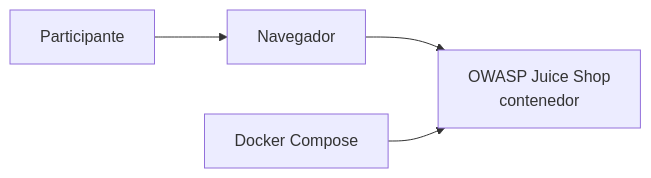
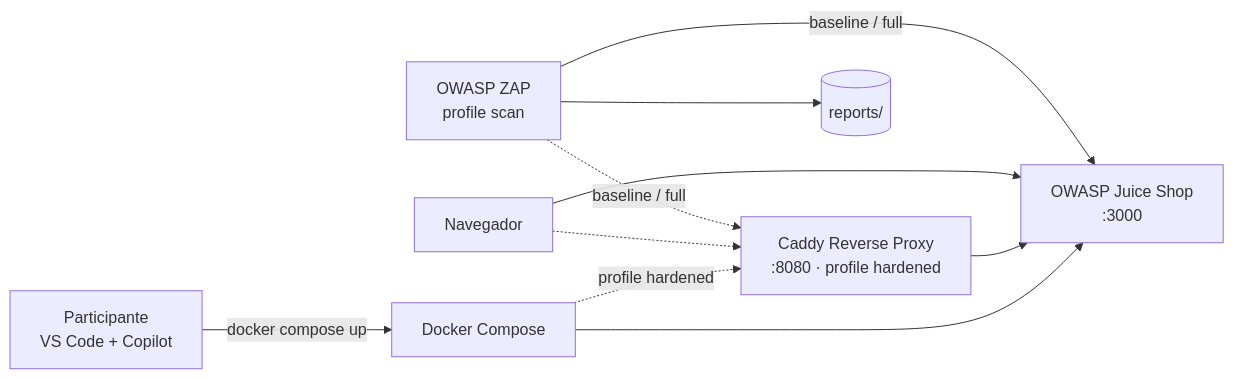
Before and after one commit to raven-operations/copilot-dast-workshop: the first of 2 diagrams in docs/Architecture.md, drawn with Mermaid. The commit also changed other lines of this file and 1 other file, not shown here.

First line of the commit message:
docs: split architecture into two scenarios (Juice Shop / vulnerable-api)

````diff
--- a/docs/Architecture.md
+++ b/docs/Architecture.md
@@ -11,6 +20,20 @@
 ```mermaid
 flowchart LR
-    Dev["Participante"] --> Browser["Navegador"]
-    Browser --> Juice["OWASP Juice Shop<br>contenedor"]
-    Compose["Docker Compose"] --> Juice
+    Dev["Participante<br>VS Code + Copilot"]
+    Compose["Docker Compose"]
+    Juice["OWASP Juice Shop<br>:3000"]
+    Proxy["Caddy Reverse Proxy<br>:8080 · profile hardened"]
+    Browser["Navegador"]
+    ZAP["OWASP ZAP<br>profile scan"]
+    Reports[("reports/")]
+
+    Dev -->|docker compose up| Compose
+    Compose --> Juice
+    Compose -.->|profile hardened| Proxy
+    Proxy --> Juice
+    Browser --> Juice
+    Browser -.-> Proxy
+    ZAP -->|baseline / full| Juice
+    ZAP -.->|baseline / full| Proxy
+    ZAP --> Reports
 ```
````
